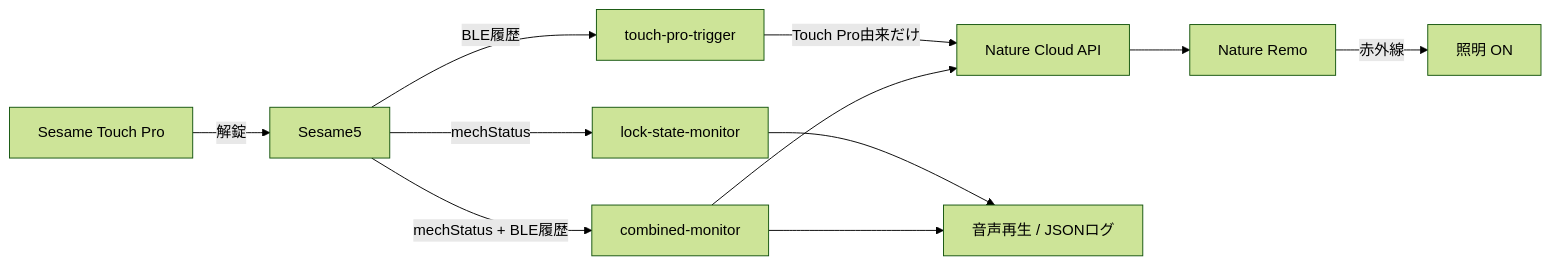
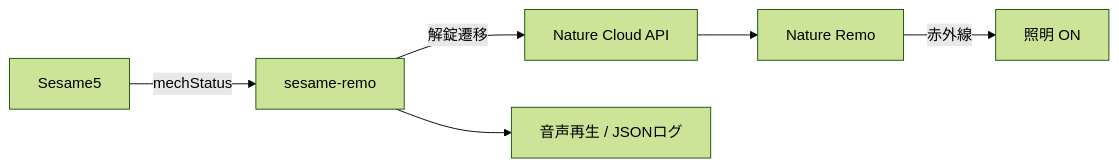
Before and after one commit to hiroto7/sesame-remo: the diagram in README.md, drawn with Mermaid (forest theme). The commit also changed other lines of this file and 24 other files, not shown here.

````diff
--- a/README.md
+++ b/README.md
@@ -7,13 +5,8 @@
 ```mermaid
 flowchart LR
-    TP["Sesame Touch Pro"] -->|"解錠"| S5["Sesame5"]
-    S5 -->|"BLE履歴"| TRIGGER["touch-pro-trigger"]
-    TRIGGER -->|"Touch Pro由来だけ"| API["Nature Cloud API"]
+    S5["Sesame5"] -->|"mechStatus"| APP["sesame-remo"]
+    APP -->|"解錠遷移"| API["Nature Cloud API"]
     API --> REMO["Nature Remo"]
     REMO -->|"赤外線"| LIGHT["照明 ON"]
-    S5 -->|"mechStatus"| MONITOR["lock-state-monitor"]
-    MONITOR --> SOUND["音声再生 / JSONログ"]
-    S5 -->|"mechStatus + BLE履歴"| COMBINED["combined-monitor"]
-    COMBINED --> SOUND
-    COMBINED --> API
+    APP --> SOUND["音声再生 / JSONログ"]
 ```
````
